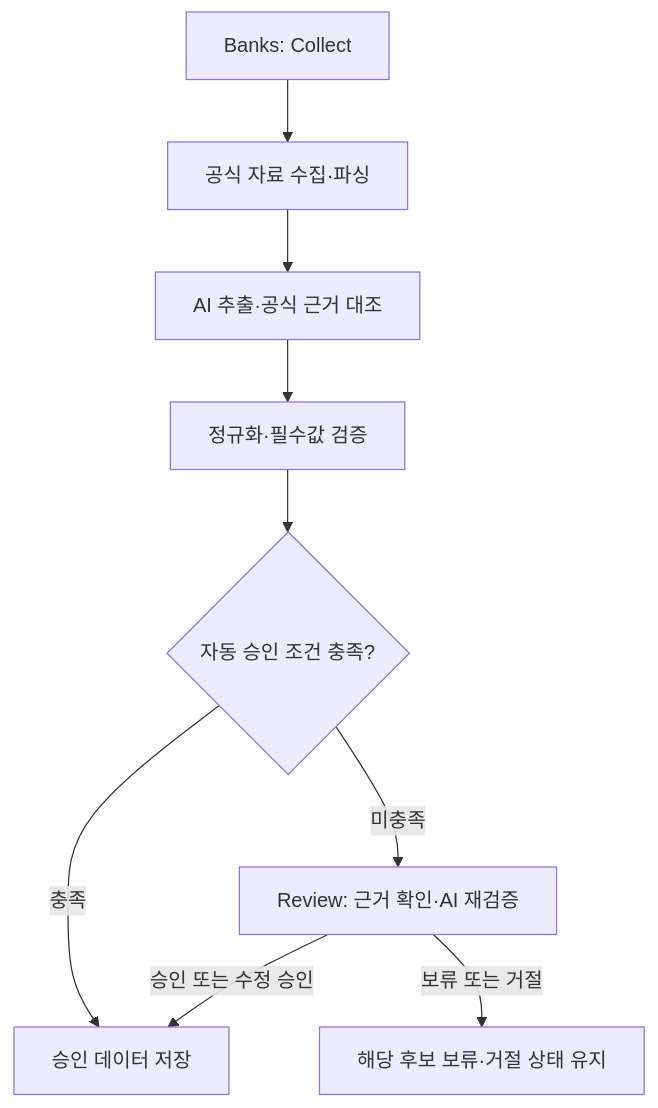
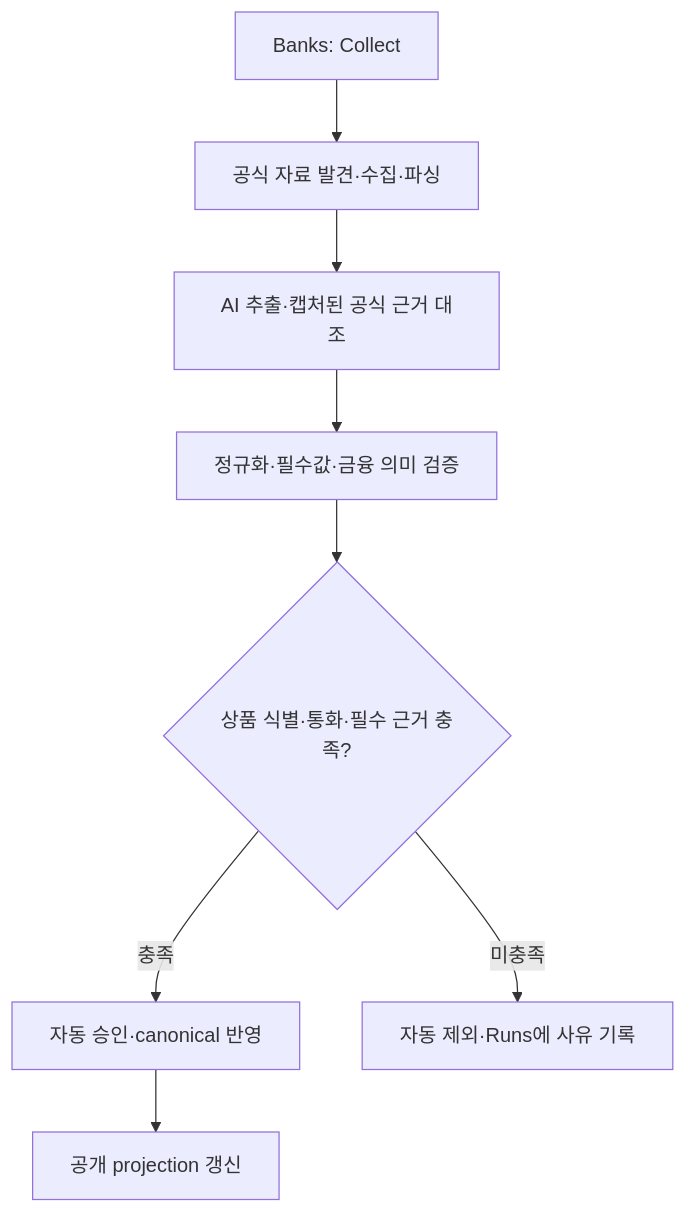
One commit to keunyop/FPDS changed the diagram in descent/FPDS_Admin_사용자_매뉴얼.md. Above: the diagram before and after it, drawn with Mermaid. The commit also changed other lines of this file and 64 other files, not shown here.

````diff
--- a/descent/FPDS_Admin_사용자_매뉴얼.md
+++ b/descent/FPDS_Admin_사용자_매뉴얼.md
@@ -171,11 +111,10 @@
 ```mermaid
 flowchart TD
-    A["Banks: Collect"] --> B["공식 자료 수집·파싱"]
-    B --> C["AI 추출·공식 근거 대조"]
-    C --> D["정규화·필수값 검증"]
-    D --> E{"자동 승인 조건 충족?"}
-    E -->|충족| F["승인 데이터 저장"]
-    E -->|미충족| G["Review: 근거 확인·AI 재검증"]
-    G -->|승인 또는 수정 승인| F
-    G -->|보류 또는 거절| H["해당 후보 보류·거절 상태 유지"]
+    A["Banks: Collect"] --> B["공식 자료 발견·수집·파싱"]
+    B --> C["AI 추출·캡처된 공식 근거 대조"]
+    C --> D["정규화·필수값·금융 의미 검증"]
+    D --> E{"상품 식별·통화·필수 근거 충족?"}
+    E -->|충족| F["자동 승인·canonical 반영"]
+    F --> G["공개 projection 갱신"]
+    E -->|미충족| H["자동 제외·Runs에 사유 기록"]
 ```
````
